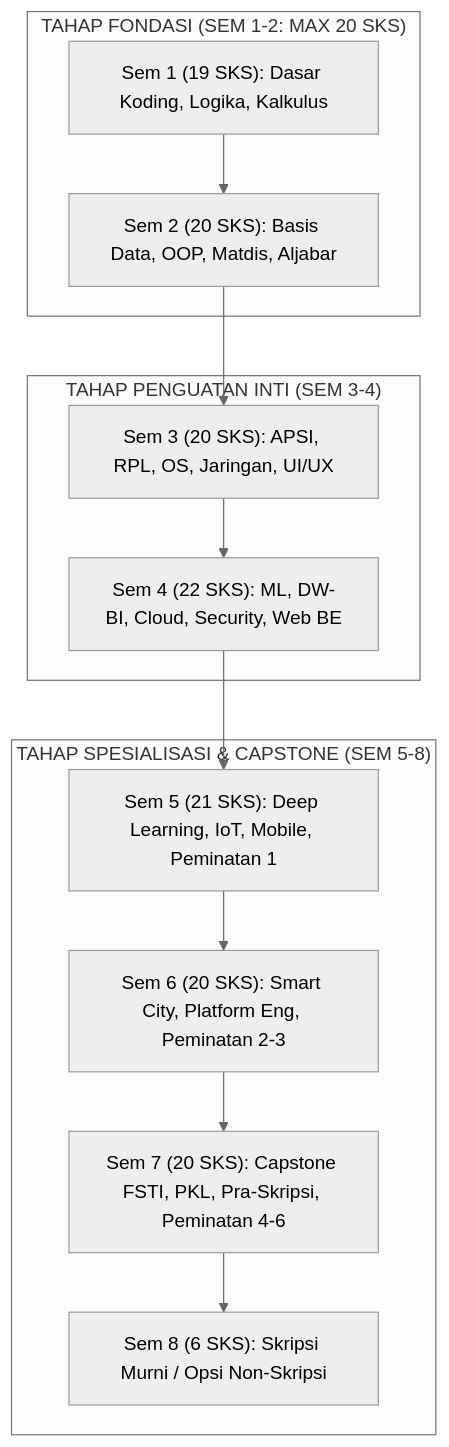
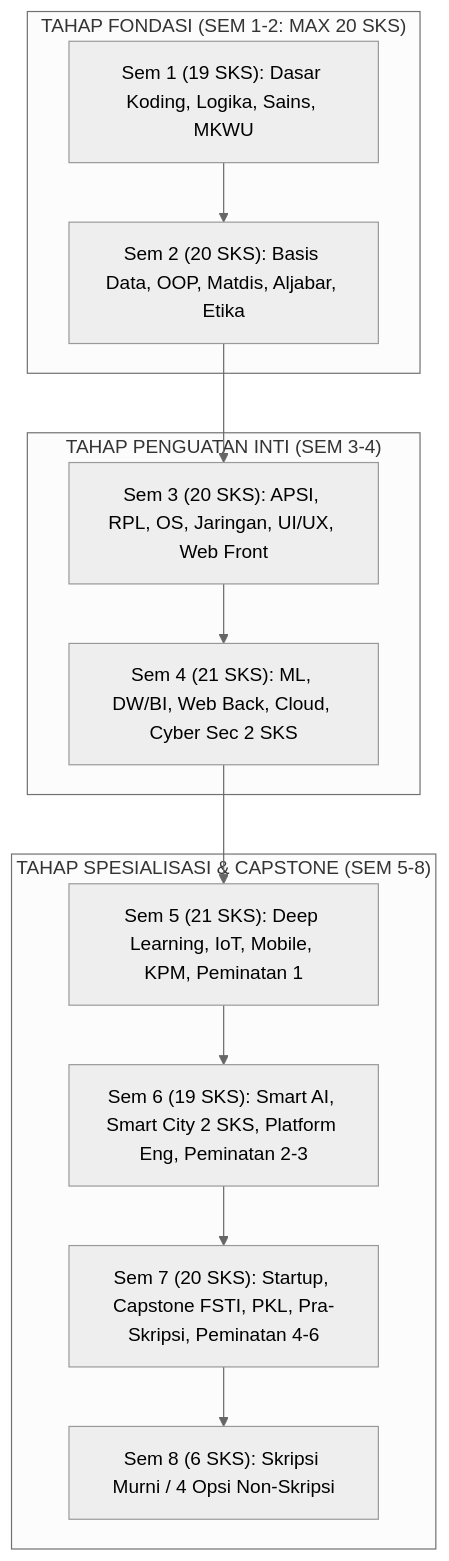
One commit to roniwahyu/--BRAINSTORMING_KURIKULUM2026 changed the diagram in KURIKULUM2026_REVISI/005_STRUKTUR_KURIKULUM_8_SEMESTER_DAN_PEMINATAN.md. Above: the diagram before and after it, drawn with Mermaid (neutral theme). The commit also changed other lines of this file and 62 other files, not shown here.

````diff
--- a/KURIKULUM2026_REVISI/005_STRUKTUR_KURIKULUM_8_SEMESTER_DAN_PEMINATAN.md
+++ b/KURIKULUM2026_REVISI/005_STRUKTUR_KURIKULUM_8_SEMESTER_DAN_PEMINATAN.md
@@ -11,18 +11,18 @@
 ```mermaid
 graph TD
     subgraph S12 ["TAHAP FONDASI (SEM 1-2: MAX 20 SKS)"]
-        S1["Sem 1 (19 SKS): Dasar Koding, Logika, Kalkulus"] --> S2["Sem 2 (20 SKS): Basis Data, OOP, Matdis, Aljabar"]
+        S1["Sem 1 (19 SKS): Dasar Koding, Logika, Sains, MKWU"] --> S2["Sem 2 (20 SKS): Basis Data, OOP, Matdis, Aljabar, Etika"]
     end
 
     subgraph S34 ["TAHAP PENGUATAN INTI (SEM 3-4)"]
-        S2 --> S3["Sem 3 (20 SKS): APSI, RPL, OS, Jaringan, UI/UX"]
-        S3 --> S4["Sem 4 (22 SKS): ML, DW-BI, Cloud, Security, Web BE"]
+        S2 --> S3["Sem 3 (20 SKS): APSI, RPL, OS, Jaringan, UI/UX, Web Front"]
+        S3 --> S4["Sem 4 (21 SKS): ML, DW/BI, Web Back, Cloud, Cyber Sec 2 SKS"]
     end
 
     subgraph S58 ["TAHAP SPESIALISASI & CAPSTONE (SEM 5-8)"]
-        S4 --> S5["Sem 5 (21 SKS): Deep Learning, IoT, Mobile, Peminatan 1"]
-        S5 --> S6["Sem 6 (20 SKS): Smart City, Platform Eng, Peminatan 2-3"]
-        S6 --> S7["Sem 7 (20 SKS): Capstone FSTI, PKL, Pra-Skripsi, Peminatan 4-6"]
-        S7 --> S8["Sem 8 (6 SKS): Skripsi Murni / Opsi Non-Skripsi"]
+        S4 --> S5["Sem 5 (21 SKS): Deep Learning, IoT, Mobile, KPM, Peminatan 1"]
+        S5 --> S6["Sem 6 (19 SKS): Smart AI, Smart City 2 SKS, Platform Eng, Peminatan 2-3"]
+        S6 --> S7["Sem 7 (20 SKS): Startup, Capstone FSTI, PKL, Pra-Skripsi, Peminatan 4-6"]
+        S7 --> S8["Sem 8 (6 SKS): Skripsi Murni / 4 Opsi Non-Skripsi"]
     end
 ```
````
